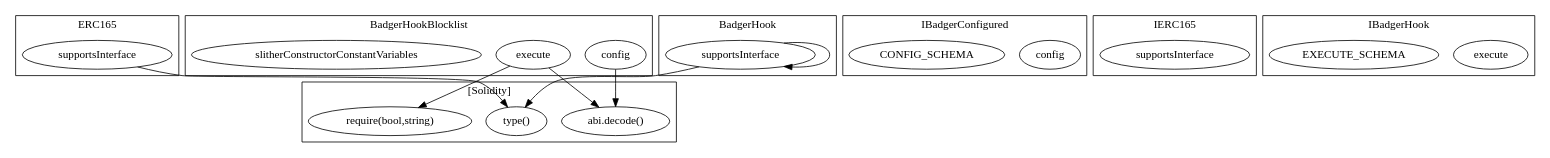
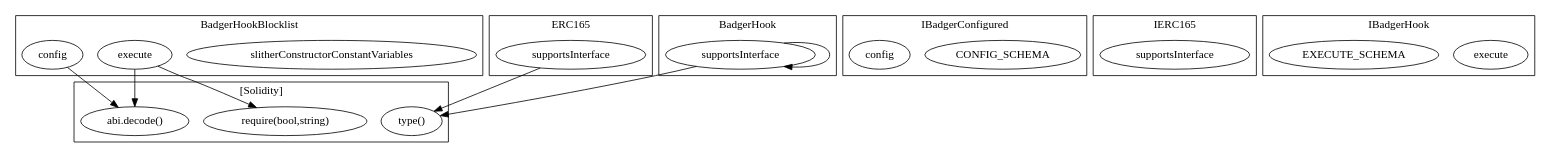
Before and after one commit to FlipsideCrypto/badger: the diagram in contracts/build/...BadgerHookBlocklist.call-graph.dot, drawn with Graphviz. The commit also changed 110 other files, not shown here.

```diff
--- a/contracts/build/...BadgerHookBlocklist.call-graph.dot
+++ b/contracts/build/...BadgerHookBlocklist.call-graph.dot
@@ -1,36 +1,36 @@
 strict digraph {
-subgraph cluster_2786_ERC165 {
+subgraph cluster_5410_BadgerHookBlocklist {
+label = "BadgerHookBlocklist"
+"5410_slitherConstructorConstantVariables" [label="slitherConstructorConstantVariables"]
+"5410_execute" [label="execute"]
+"5410_config" [label="config"]
+}subgraph cluster_6468_IBadgerConfigured {
+label = "IBadgerConfigured"
+"6468_CONFIG_SCHEMA" [label="CONFIG_SCHEMA"]
+"6468_config" [label="config"]
+}subgraph cluster_3081_ERC165 {
 label = "ERC165"
-"2786_supportsInterface" [label="supportsInterface"]
-}subgraph cluster_5028_BadgerHookBlocklist {
-label = "BadgerHookBlocklist"
-"5028_config" [label="config"]
-"5028_execute" [label="execute"]
-"5028_slitherConstructorConstantVariables" [label="slitherConstructorConstantVariables"]
-}subgraph cluster_6086_IBadgerConfigured {
-label = "IBadgerConfigured"
-"6086_config" [label="config"]
-"6086_CONFIG_SCHEMA" [label="CONFIG_SCHEMA"]
-}subgraph cluster_2798_IERC165 {
+"3081_supportsInterface" [label="supportsInterface"]
+}subgraph cluster_3093_IERC165 {
 label = "IERC165"
-"2798_supportsInterface" [label="supportsInterface"]
-}subgraph cluster_4601_BadgerHook {
+"3093_supportsInterface" [label="supportsInterface"]
+}subgraph cluster_6488_IBadgerHook {
+label = "IBadgerHook"
+"6488_execute" [label="execute"]
+"6488_EXECUTE_SCHEMA" [label="EXECUTE_SCHEMA"]
+}subgraph cluster_4956_BadgerHook {
 label = "BadgerHook"
-"4601_supportsInterface" [label="supportsInterface"]
-"4601_supportsInterface" -> "4601_supportsInterface"
-}subgraph cluster_6106_IBadgerHook {
-label = "IBadgerHook"
-"6106_execute" [label="execute"]
-"6106_EXECUTE_SCHEMA" [label="EXECUTE_SCHEMA"]
+"4956_supportsInterface" [label="supportsInterface"]
+"4956_supportsInterface" -> "4956_supportsInterface"
 }subgraph cluster_solidity {
 label = "[Solidity]"
 "abi.decode()" 
+"require(bool,string)" 
 "type()" 
-"require(bool,string)" 
-"2786_supportsInterface" -> "type()"
-"4601_supportsInterface" -> "type()"
-"5028_config" -> "abi.decode()"
-"5028_execute" -> "abi.decode()"
-"5028_execute" -> "require(bool,string)"
+"5410_execute" -> "require(bool,string)"
+"3081_supportsInterface" -> "type()"
+"4956_supportsInterface" -> "type()"
+"5410_config" -> "abi.decode()"
+"5410_execute" -> "abi.decode()"
 }
 }
```
